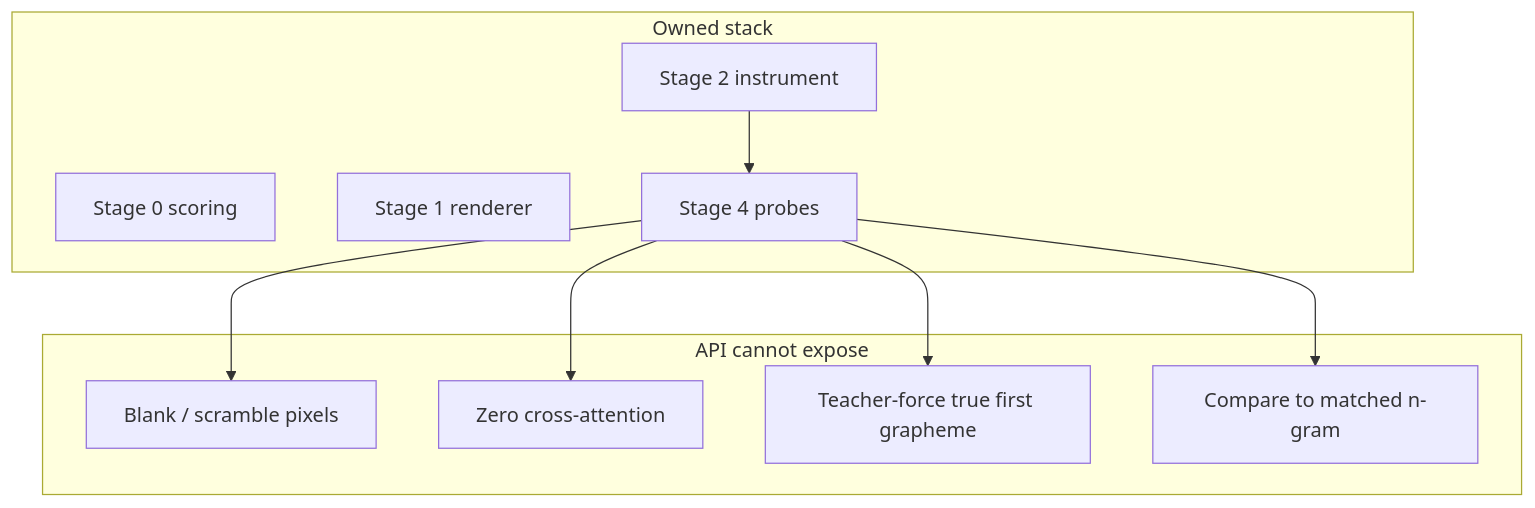
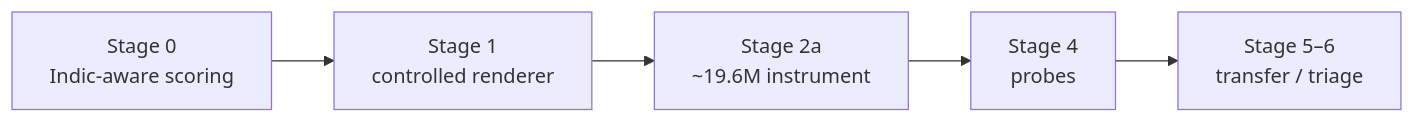
The ninth of 11 diagrams in BOOK.md (Adya6714/vlm-ocr-eval), drawn with Mermaid before and after one commit. The commit also changed other lines of this file and 4 other files, not shown here.

First line of the commit message:
Polish Production-first site with Mermaid atlases and BOOK flows.

````diff
--- a/BOOK.md
+++ b/BOOK.md
@@ -1468,20 +1443,7 @@
 ```mermaid
-flowchart TB
-  subgraph built [Owned stack]
-    S0[Stage 0 scoring]
-    S1[Stage 1 renderer]
-    S2[Stage 2 instrument]
-    S4[Stage 4 probes]
-  end
-  subgraph cannot [API cannot expose]
-    X1[Blank / scramble pixels]
-    X2[Zero cross-attention]
-    X3[Teacher-force true first grapheme]
-    X4[Compare to matched n-gram]
-  end
-  S2 --> S4
-  S4 --> X1
-  S4 --> X2
-  S4 --> X3
-  S4 --> X4
+flowchart LR
+  S0["Stage 0<br/>Indic-aware scoring"] --> S1["Stage 1<br/>controlled renderer"]
+  S1 --> S2["Stage 2a<br/>~19.6M instrument"]
+  S2 --> S4["Stage 4<br/>probes"]
+  S4 --> S5["Stage 5–6<br/>transfer / triage"]
 ```
````
